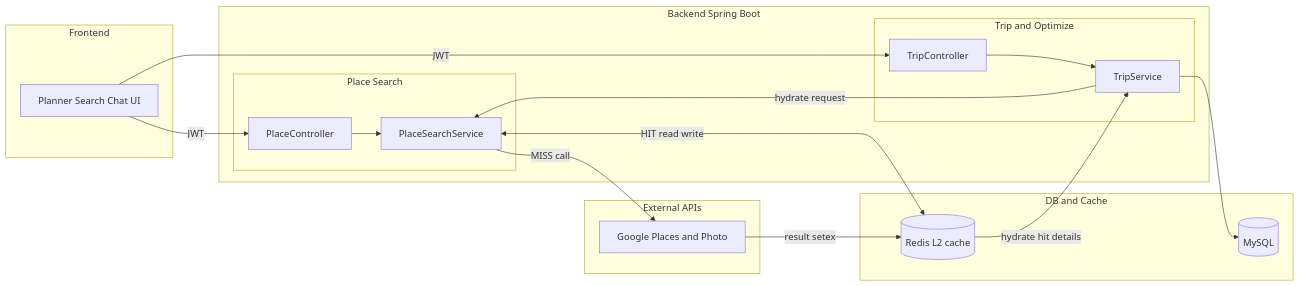
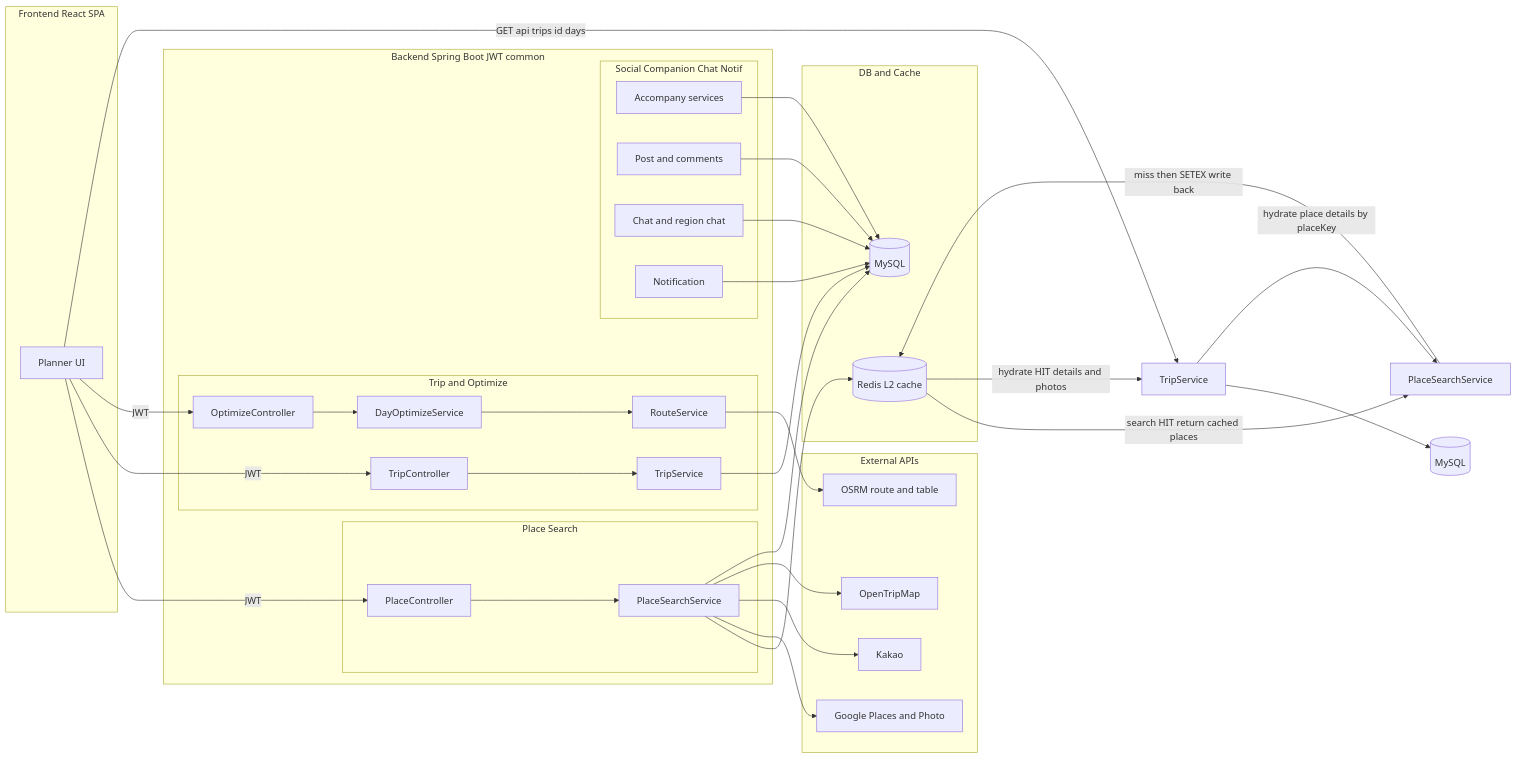
Before and after one commit to gun-ee/TripMate: the second of 4 diagrams in README.md, drawn with Mermaid. The commit also changed other lines of this file, not shown here.

````diff
--- a/README.md
+++ b/README.md
@@ -47,46 +47,65 @@
 ```mermaid
 flowchart LR
-  %% --- Client ---
-  subgraph CLIENT[Frontend]
+  subgraph CLIENT[Frontend React SPA]
     UI[Planner Search Chat UI]
   end
 
-  %% --- Data ---
   subgraph DATA[DB and Cache]
     MYSQL[(MySQL)]
     REDIS[(Redis L2 cache)]
   end
 
-  %% --- External ---
   subgraph EXT[External APIs]
     GPL[Google Places and Photo]
+    KAKAO[Kakao]
+    OTM[OpenTripMap]
+    OSRM[OSRM route and table]
   end
 
-  %% --- Backend ---
-  subgraph BE[Backend Spring Boot]
+  subgraph BE[Backend Spring Boot JWT common]
     subgraph PLACE[Place Search]
-      PLCtrl[PlaceController]
-      PLService[PlaceSearchService]
+      PLCtrl[PlaceController] --> PLService[PlaceSearchService]
+      PLService --> REDIS
+      PLService --> GPL
+      PLService --> KAKAO
+      PLService --> OTM
+      PLService --> MYSQL
     end
+
     subgraph TRIP[Trip and Optimize]
-      TCtrl[TripController]
-      TService[TripService]
+      TCtrl[TripController] --> TService[TripService]
+      OCtrl[OptimizeController] --> OService[DayOptimizeService]
+      OService --> RService[RouteService]
+      RService --> OSRM
+      TService --> MYSQL
+    end
+
+    subgraph SOCIAL[Social Companion Chat Notif]
+      ACC[Accompany services] --> MYSQL
+      POST[Post and comments] --> MYSQL
+      CHAT[Chat and region chat] --> MYSQL
+      NOTI[Notification] --> MYSQL
     end
   end
 
-  %% --- Search flow (cache save & reuse) ---
   UI -->|JWT| PLCtrl
-  PLCtrl --> PLService
-  PLService <-->|HIT read write| REDIS
-  PLService -->|MISS call| GPL
-  GPL -->|result setex| REDIS
+  UI -->|JWT| TCtrl
+  UI -->|JWT| OCtrl
 
-  %% --- Trip page load (hydrate from cache) ---
-  UI -->|JWT| TCtrl
-  TCtrl --> TService
-  TService --> MYSQL
-  TService -->|hydrate request| PLService
-  REDIS -->|hydrate hit details| TService
+REDIS[(Redis L2 cache)]
+  PL[PlaceSearchService]
+  TR[TripService]
+  UI[Planner UI]
+  DB[(MySQL)]
 
+  %% 검색 시: Redis HIT 을 바로 반환
+  REDIS -->|search HIT return cached places| PL
+  PL -->|miss then SETEX write back| REDIS
+
+  %% 일정 페이지 로드 시: 캐시로 보강해서 사용
+  UI -->|GET api trips id days| TR
+  TR --> DB
+  TR -->|hydrate place details by placeKey| PL
+  REDIS -->|hydrate HIT details and photos| TR
 
 ```
````
